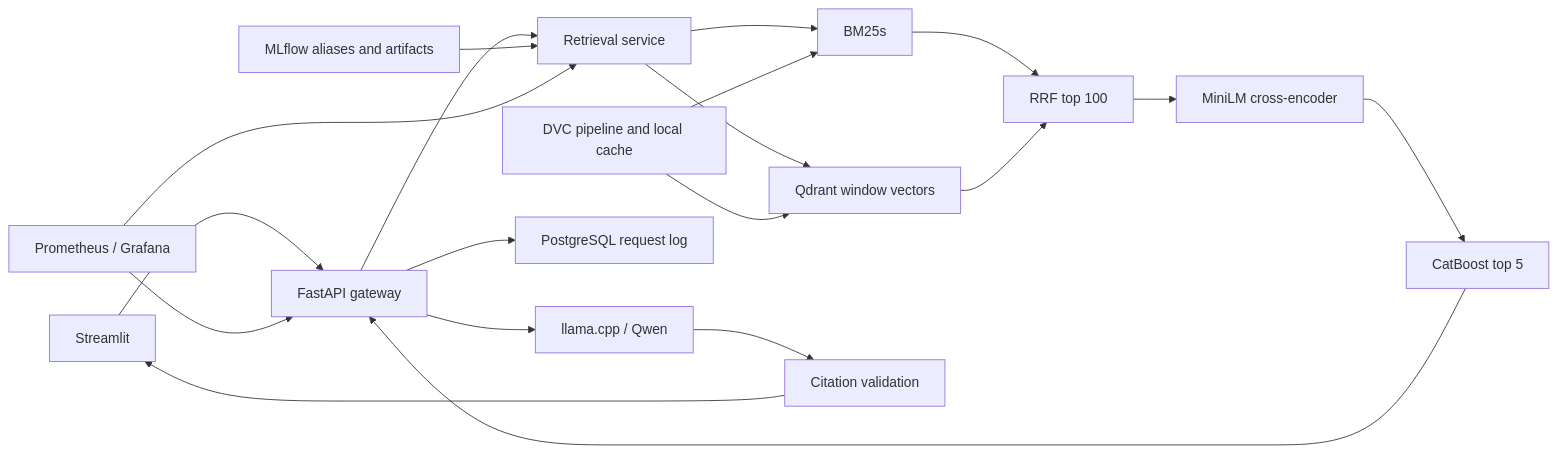
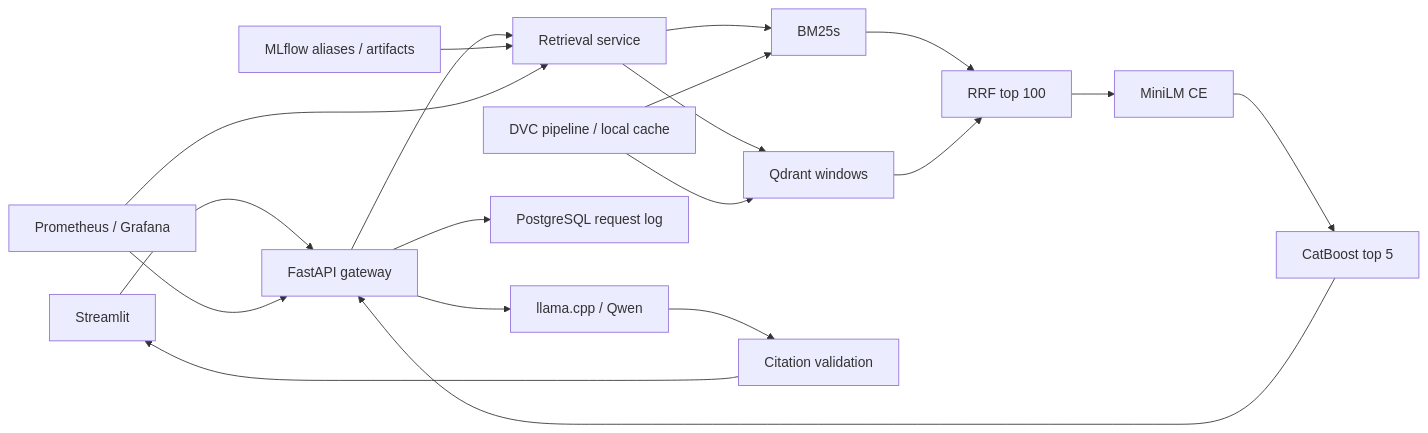
One commit to flaretensor/ledgerlight changed the diagram in README.md. Above: the diagram before and after it, drawn with Mermaid. The commit also changed other lines of this file and 6 other files, not shown here.

````diff
--- a/README.md
+++ b/README.md
@@ -9,21 +16,21 @@
 ```mermaid
 flowchart LR
     U[Streamlit] --> G[FastAPI gateway]
     G --> R[Retrieval service]
     R --> B[BM25s]
-    R --> Q[Qdrant window vectors]
+    R --> Q[Qdrant windows]
     B --> F[RRF top 100]
     Q --> F
-    F --> C[MiniLM cross-encoder]
+    F --> C[MiniLM CE]
     C --> L[CatBoost top 5]
     L --> G
     G --> A[llama.cpp / Qwen]
     A --> V[Citation validation]
     V --> U
     G --> P[PostgreSQL request log]
-    M[MLflow aliases and artifacts] --> R
-    D[DVC pipeline and local cache] --> B
+    M[MLflow aliases / artifacts] --> R
+    D[DVC pipeline / local cache] --> B
     D --> Q
     O[Prometheus / Grafana] --> G
     O --> R
 ```
````
